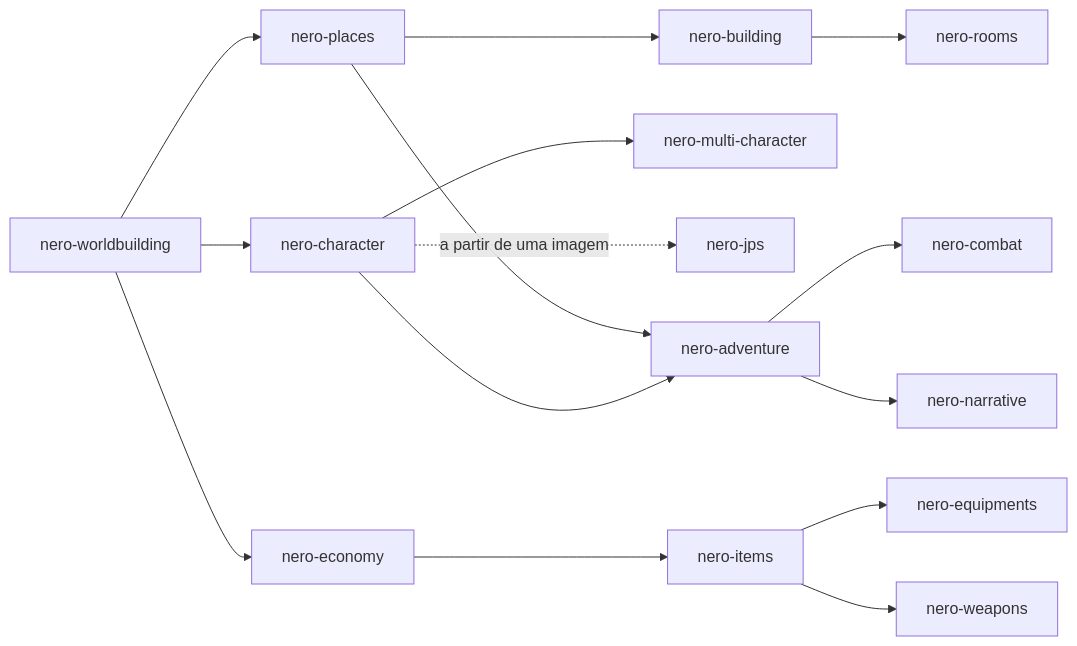
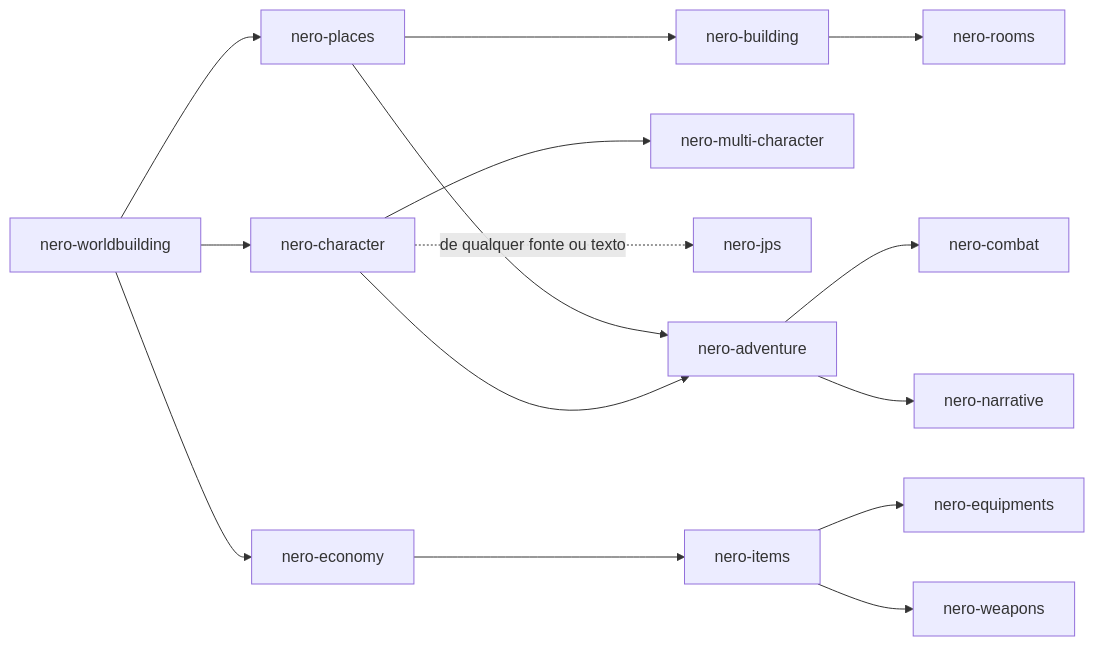
One commit to KMC1525/nero changed the diagram in README.pt-BR.md. Above: the diagram before and after it, drawn with Mermaid. The commit also changed other lines of this file and 16 other files, not shown here.

First line of the commit message:
Release 1.2: nero-jps text-only mode and full multimodal input

````diff
--- a/README.pt-BR.md
+++ b/README.pt-BR.md
@@ -204,17 +225,17 @@
 ```mermaid
 flowchart LR
     W[nero-worldbuilding] --> P[nero-places]
     W --> E[nero-economy]
     P --> B[nero-building]
     B --> R[nero-rooms]
     W --> C[nero-character]
     C --> M[nero-multi-character]
-    C -. a partir de uma imagem .-> J[nero-jps]
+    C -. de qualquer fonte ou texto .-> J[nero-jps]
     E --> I[nero-items]
     I --> Q[nero-equipments]
     I --> K[nero-weapons]
     P --> A[nero-adventure]
     C --> A
     A --> X[nero-combat]
     A --> N[nero-narrative]
 ```
````
